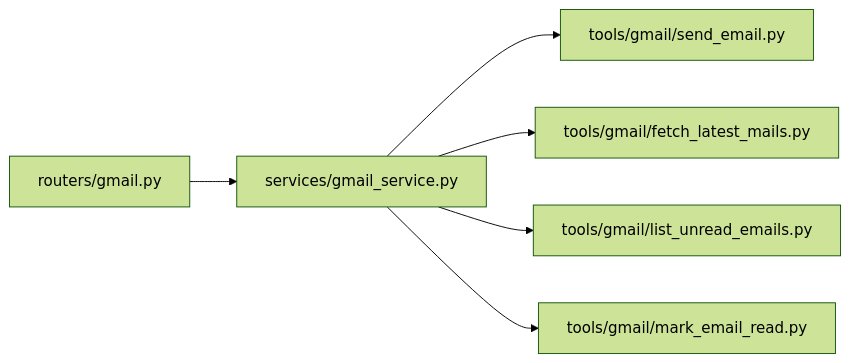
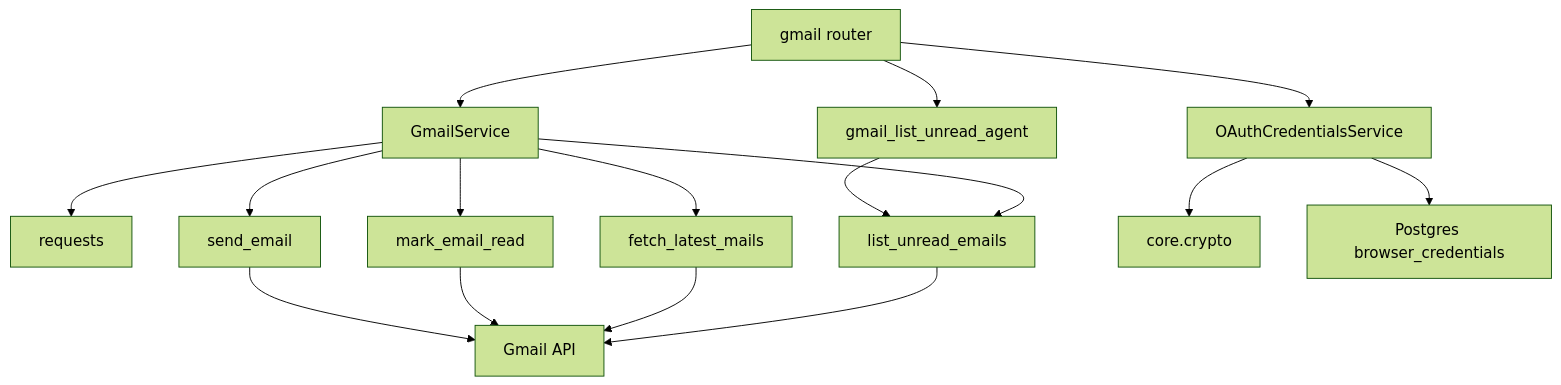
Before and after one commit to tashifkhan/tashif.codes: the fifth of 5 diagrams in src/data/docs/agentic-browser/API Server/Gmail Integration API.md, drawn with Mermaid (forest theme). The commit also changed other lines of this file and 114 other files, not shown here.

````diff
--- a/src/data/docs/agentic-browser/API Server/Gmail Integration API.md
+++ b/src/data/docs/agentic-browser/API Server/Gmail Integration API.md
@@ -173,8 +162,18 @@
 ```mermaid
-graph LR
-R1["routers/gmail.py"] --> S["services/gmail_service.py"]
-S --> T1["tools/gmail/send_email.py"]
-S --> T2["tools/gmail/fetch_latest_mails.py"]
-S --> T3["tools/gmail/list_unread_emails.py"]
-S --> T4["tools/gmail/mark_email_read.py"]
+graph TB
+  GM["gmail router"] --> GMS["GmailService"]
+  GM --> OC["OAuthCredentialsService"]
+  GM --> GLA["gmail_list_unread_agent"]
+  GMS --> REQ["requests"]
+  GMS --> LU["list_unread_emails"]
+  GMS --> FL["fetch_latest_mails"]
+  GMS --> MR["mark_email_read"]
+  GMS --> SE["send_email"]
+  GLA --> LU
+  OC --> CR["core.crypto"]
+  OC --> DB["Postgres browser_credentials"]
+  LU --> API["Gmail API"]
+  FL --> API
+  MR --> API
+  SE --> API
 ```
````
